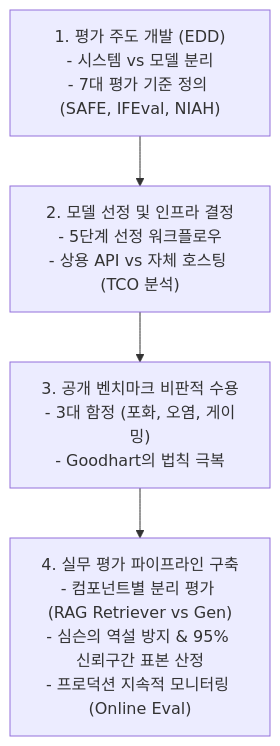
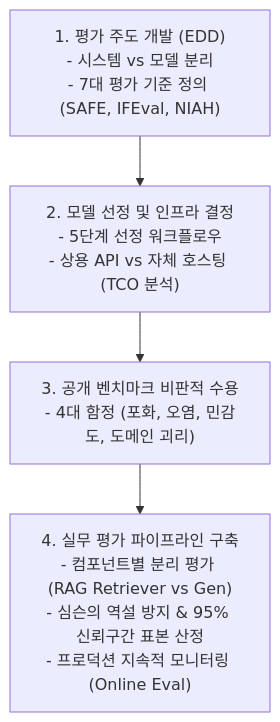
Before and after one commit to sing-u8/AI-Engineering: the diagram in chapter-qa/ch04-evaluating-ai-systems-qa/00-ch04-overview.md, drawn with Mermaid. The commit also changed other lines of this file and 15 other files, not shown here.

````diff
--- a/chapter-qa/ch04-evaluating-ai-systems-qa/00-ch04-overview.md
+++ b/chapter-qa/ch04-evaluating-ai-systems-qa/00-ch04-overview.md
@@ -28,8 +28,8 @@
 ```mermaid
 flowchart TD
     EDD["1. 평가 주도 개발 (EDD)\n- 시스템 vs 모델 분리\n- 7대 평가 기준 정의 (SAFE, IFEval, NIAH)"] --> Select["2. 모델 선정 및 인프라 결정\n- 5단계 선정 워크플로우\n- 상용 API vs 자체 호스팅 (TCO 분석)"]
     
-    Select --> Bench["3. 공개 벤치마크 비판적 수용\n- 3대 함정 (포화, 오염, 게이밍)\n- Goodhart의 법칙 극복"]
+    Select --> Bench["3. 공개 벤치마크 비판적 수용\n- 4대 함정 (포화, 오염, 민감도, 도메인 괴리)"]
     
     Bench --> Pipeline["4. 실무 평가 파이프라인 구축\n- 컴포넌트별 분리 평가 (RAG Retriever vs Gen)\n- 심슨의 역설 방지 & 95% 신뢰구간 표본 산정\n- 프로덕션 지속적 모니터링 (Online Eval)"]
 ```
````
